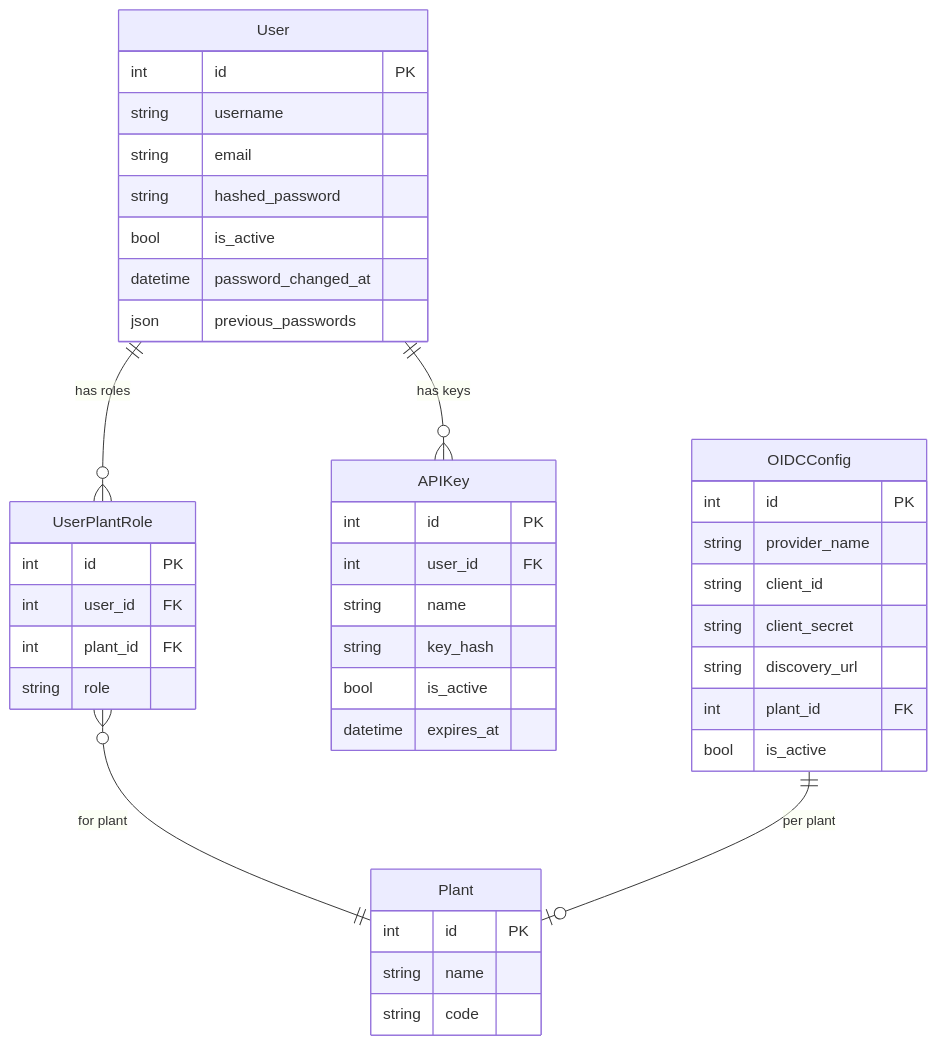
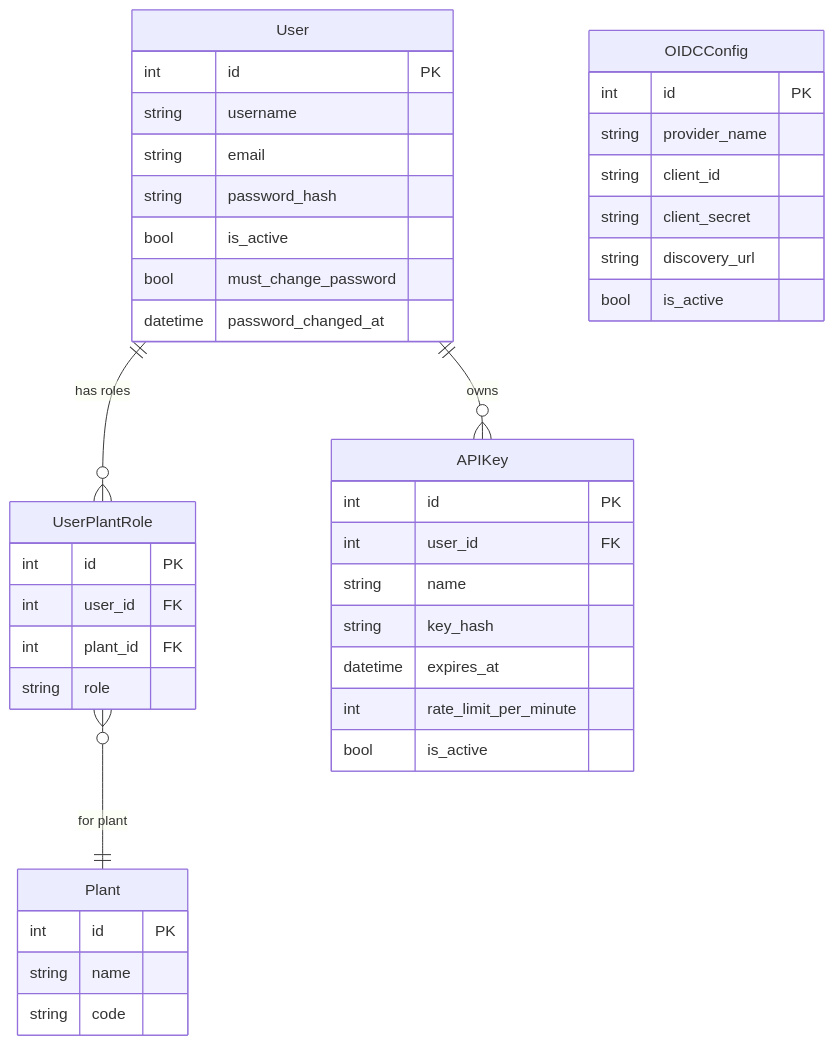
One commit to saturnis-io/cassini changed the second of 2 diagrams in .knowledge/features/auth.md. Above: the diagram before and after it, drawn with Mermaid. The commit also changed other lines of this file and 15 other files, not shown here.

Commit message:
knowledge-graph: regenerate

````diff
--- a/.knowledge/features/auth.md
+++ b/.knowledge/features/auth.md
@@ -28,44 +28,43 @@
 ```mermaid
 erDiagram
     User ||--o{ UserPlantRole : "has roles"
     UserPlantRole }o--|| Plant : "for plant"
-    User ||--o{ APIKey : "has keys"
-    OIDCConfig ||--o| Plant : "per plant"
+    User ||--o{ APIKey : "owns"
     User {
         int id PK
         string username
         string email
-        string hashed_password
+        string password_hash
         bool is_active
+        bool must_change_password
         datetime password_changed_at
-        json previous_passwords
     }
     UserPlantRole {
         int id PK
         int user_id FK
         int plant_id FK
         string role
     }
     APIKey {
         int id PK
         int user_id FK
         string name
         string key_hash
+        datetime expires_at
+        int rate_limit_per_minute
         bool is_active
-        datetime expires_at
     }
     Plant {
         int id PK
         string name
         string code
     }
     OIDCConfig {
         int id PK
         string provider_name
         string client_id
         string client_secret
         string discovery_url
-        int plant_id FK
         bool is_active
     }
 ```
````
